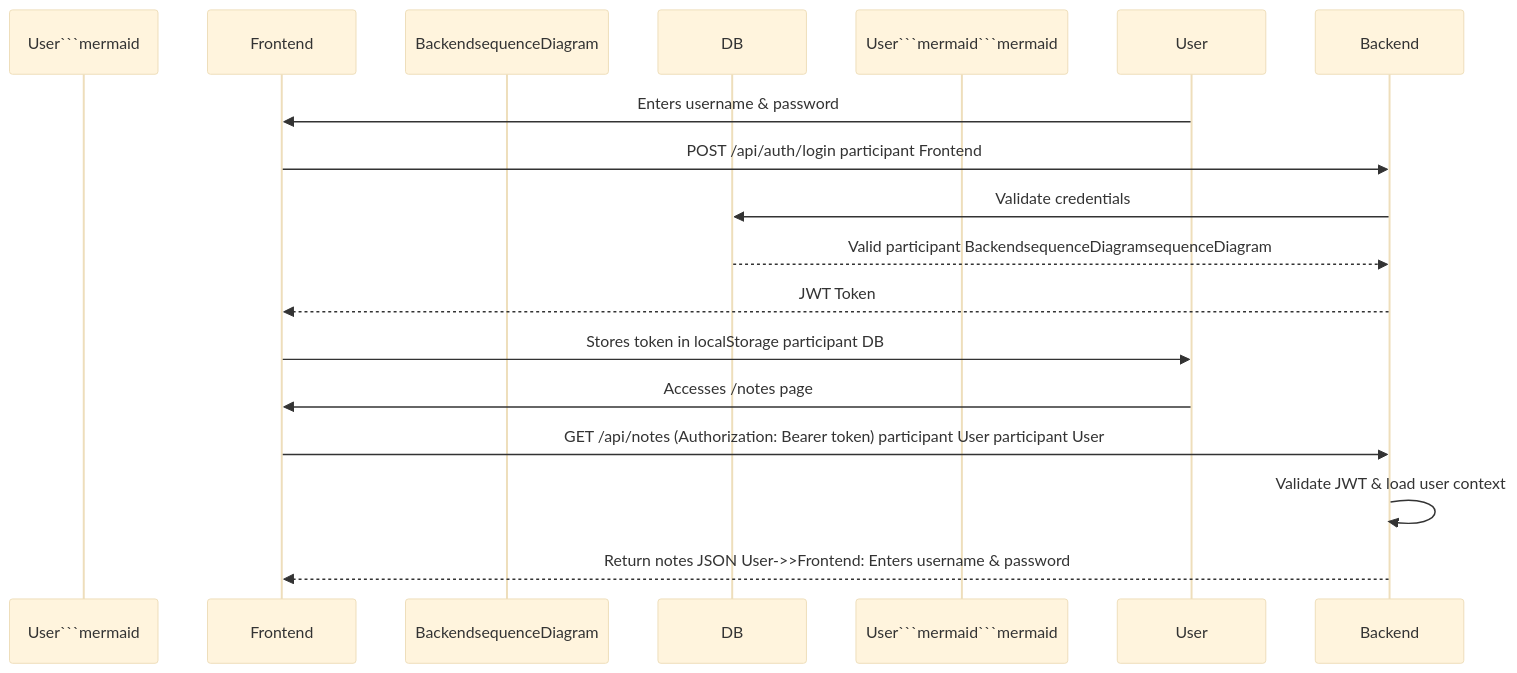
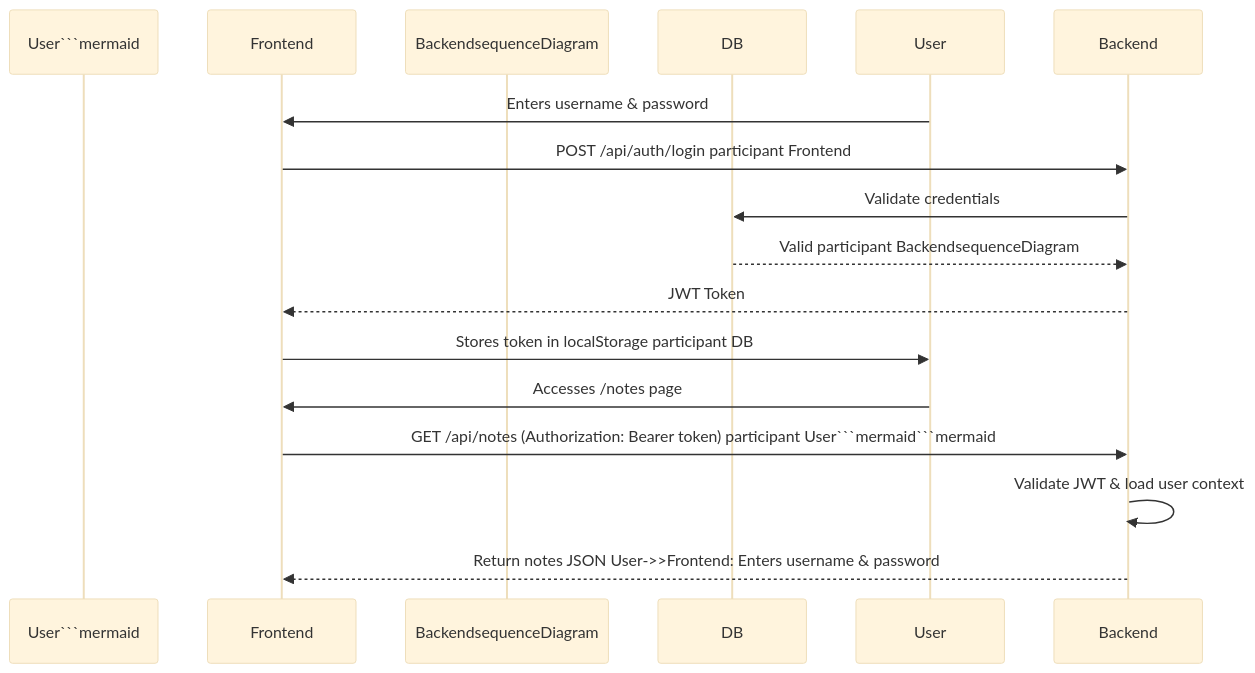
One commit to MartinCarrizo09/notes-app changed the diagram in docs/auth-flow.md. Above: the diagram before and after it, drawn with Mermaid (base theme). The commit also changed other lines of this file and 3 other files, not shown here.

Commit message:
docs: agregar diagramas de arquitectura del sistema

````diff
--- a/docs/auth-flow.md
+++ b/docs/auth-flow.md
@@ -5,35 +5,35 @@
 ```mermaid
 
 sequenceDiagram
 
   participant User```mermaid
 
   participant Frontend
 
   participant BackendsequenceDiagram
 
   participant DB
 
-  participant User```mermaid```mermaid
+  participant User```mermaid
 
   User->>Frontend: Enters username & password
 
   Frontend->>Backend: POST /api/auth/login  participant Frontend
 
   Backend->>DB: Validate credentials
 
-  DB-->>Backend: Valid  participant BackendsequenceDiagramsequenceDiagram
+  DB-->>Backend: Valid  participant BackendsequenceDiagram
 
   Backend-->>Frontend: JWT Token
 
   Frontend->>User: Stores token in localStorage  participant DB
 
   User->>Frontend: Accesses /notes page
 
-  Frontend->>Backend: GET /api/notes (Authorization: Bearer token)  participant User  participant User
+  Frontend->>Backend: GET /api/notes (Authorization: Bearer token)  participant User```mermaid```mermaid
 
   Backend->>Backend: Validate JWT & load user context
 
   Backend-->>Frontend: Return notes JSON  User->>Frontend: Enters username & password
 
 ```
````
